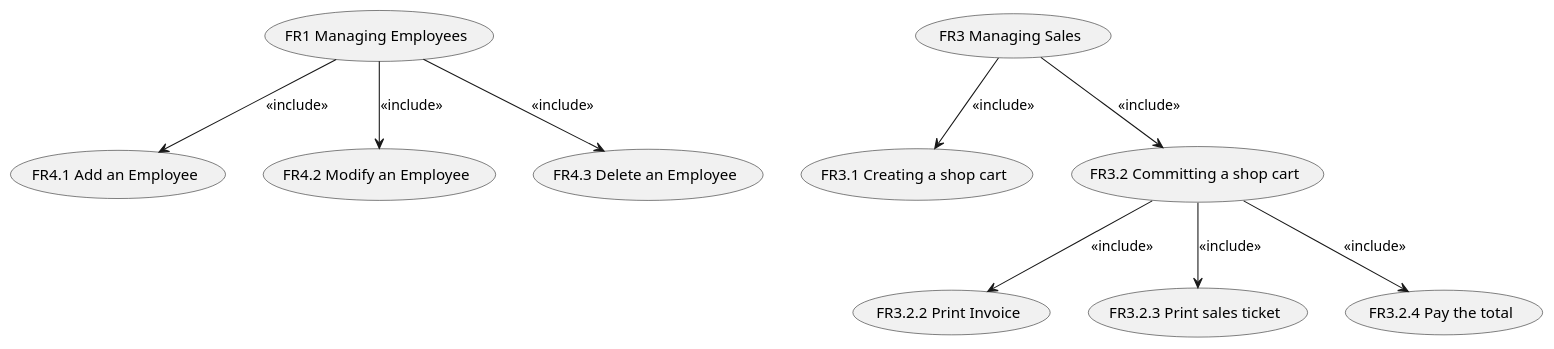
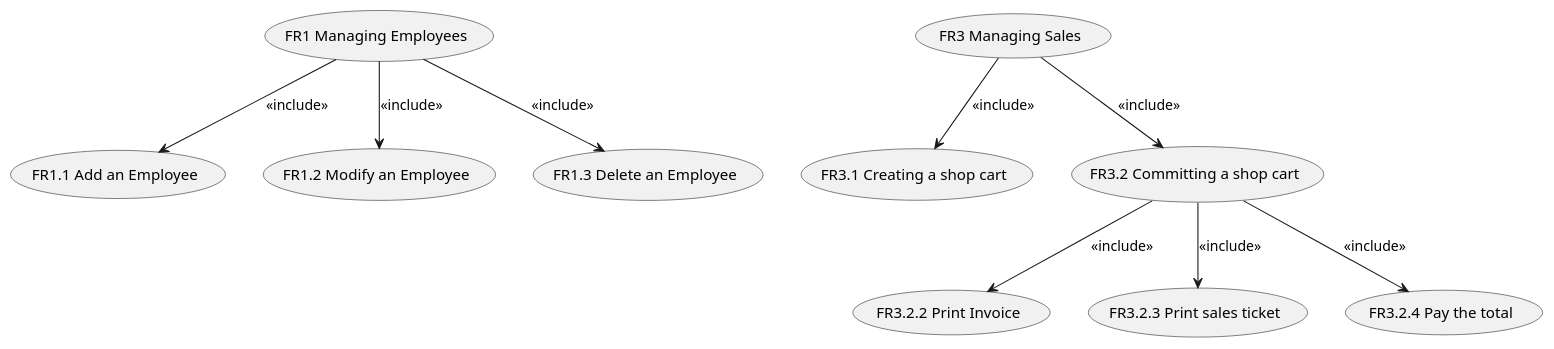
Before and after one commit to thegabriele97/EzShop: the third of 7 diagrams in Deliverables/RequirementsDocument.md, drawn with PlantUML. The commit also changed other lines of this file, not shown here.

````diff
--- a/Deliverables/RequirementsDocument.md
+++ b/Deliverables/RequirementsDocument.md
@@ -273,30 +273,25 @@
 ```plantuml
 usecase "FR1 Managing Employees" as memployee
 usecase "FR1.1 Add an Employee" as addemployee
 usecase "FR1.2 Modify an Employee" as modifyemployee
 usecase "FR1.3 Delete an Employee" as rememployee
 
 memployee --> addemployee : <<include>>
 memployee --> modifyemployee : <<include>>
 memployee --> rememployee : <<include>>
 
 
 usecase "FR3 Managing Sales" as mngsales
 usecase "FR3.1 Creating a shop cart" as addshopcart
 usecase "FR3.2 Committing a shop cart" as confirmcart
 usecase "FR3.2.2 Print Invoice" as printinvoice
 usecase "FR3.2.3 Print sales ticket" as printicket
 usecase "FR3.2.4 Pay the total" as paytotal
 
 mngsales --> addshopcart : <<include>>
 mngsales --> confirmcart : <<include>>
 
 confirmcart --> printinvoice : <<include>>
 confirmcart --> printicket : <<include>>
 confirmcart --> paytotal : <<include>>
-
-
-usecase "FR4.1 Add an Employee" as addemployee
-usecase "FR4.2 Modify an Employee" as modifyemployee
-usecase "FR4.3 Delete an Employee" as rememployee
 ```
````
